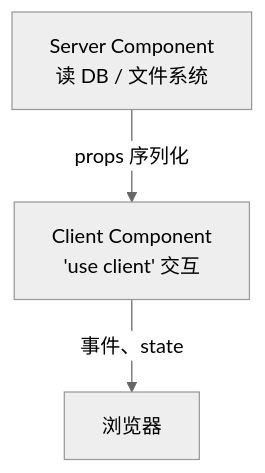
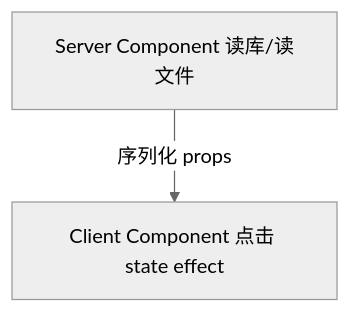
Before and after one commit to YancyZ/Knowledge-base: the second of 2 diagrams in 前端框架篇/React/01-认知与生态/02-React发展脉络与版本演进.md, drawn with Mermaid (neutral theme). The commit also changed other lines of this file and 224 other files, not shown here.

````diff
--- a/前端框架篇/React/01-认知与生态/02-React发展脉络与版本演进.md
+++ b/前端框架篇/React/01-认知与生态/02-React发展脉络与版本演进.md
@@ -215,7 +110,6 @@
 ```mermaid
 flowchart TB
-  Server[Server Component<br/>读 DB / 文件系统]
-  Client[Client Component<br/>'use client' 交互]
-  Server -->|props 序列化| Client
-  Client -->|事件、state| Browser[浏览器]
+  SC[Server Component 读库/读文件]
+  CC[Client Component 点击 state effect]
+  SC -->|序列化 props| CC
 ```
````
